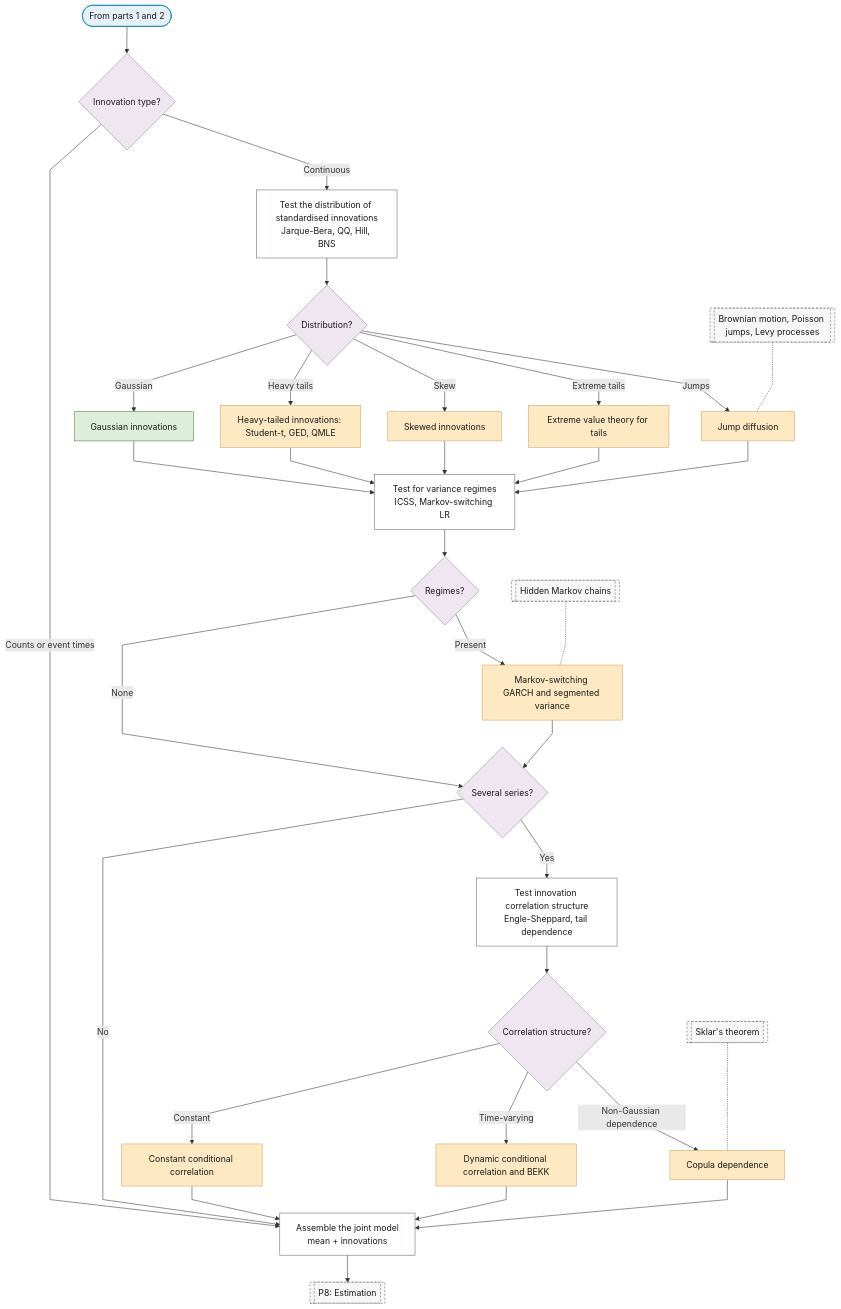
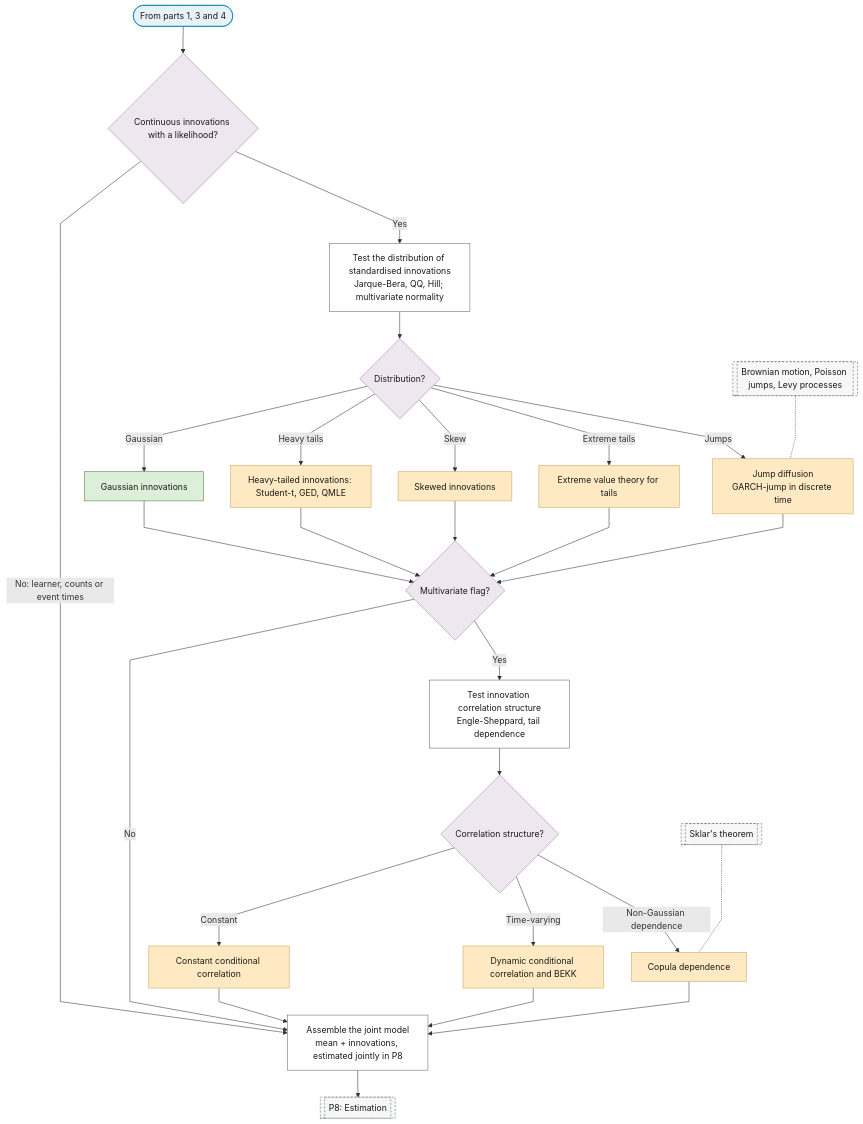
One commit to Shuxin-Y/time-series-analysis-manual changed the fifth of 5 diagrams in docs/01-workflow/p07-error-process.md. Above: the diagram before and after it, drawn with Mermaid. The commit also changed other lines of this file and 2 other files, not shown here.

First line of the commit message:
feat(p7): model kind first, preliminary fit, regimes before the GARCH variant

````diff
--- a/docs/01-workflow/p07-error-process.md
+++ b/docs/01-workflow/p07-error-process.md
@@ -86,44 +139,38 @@
 ```mermaid
 %%{init: {"flowchart": {"curve": "linear"}}}%%
 graph TD
-    P7_PART_3_IN(["From parts 1 and 2"]) --> P7_TYPE_3{"Innovation type?"}
-    P7_TYPE_3 -->|"Continuous"| P7_DIST_TESTS["Test the distribution of standardised innovations<br/>Jarque-Bera, QQ, Hill, BNS"]
-    P7_TYPE_3 -->|"Counts or event times"| P7_OUT
+    P7_PART_5_IN(["From parts 1, 3 and 4"]) --> P7_TYPE_4{"Continuous innovations with a likelihood?"}
+    P7_TYPE_4 -->|"Yes"| P7_DIST_TESTS["Test the distribution of standardised innovations<br/>Jarque-Bera, QQ, Hill; multivariate normality"]
+    P7_TYPE_4 -->|"No: learner, counts or event times"| P7_OUT
     P7_DIST_TESTS --> P7_DIST{"Distribution?"}
     P7_DIST -->|"Gaussian"| P7_GAUSSIAN["Gaussian innovations"]
     P7_DIST -->|"Heavy tails"| P7_HEAVY_TAILS["Heavy-tailed innovations: Student-t, GED, QMLE"]
     P7_DIST -->|"Skew"| P7_SKEWED["Skewed innovations"]
     P7_DIST -->|"Extreme tails"| P7_EVT["Extreme value theory for tails"]
-    P7_DIST -->|"Jumps"| P7_JUMPS["Jump diffusion"]
-    P7_GAUSSIAN & P7_HEAVY_TAILS & P7_SKEWED & P7_EVT & P7_JUMPS --> P7_REGIME_TESTS["Test for variance regimes<br/>ICSS, Markov-switching LR"]
-    P7_REGIME_TESTS --> P7_REGIME{"Regimes?"}
-    P7_REGIME -->|"None"| P7_MULTI
-    P7_REGIME -->|"Present"| P7_MS_GARCH["Markov-switching GARCH and segmented variance"]
-    P7_MS_GARCH --> P7_MULTI{"Several series?"}
+    P7_DIST -->|"Jumps"| P7_JUMPS["Jump diffusion<br/>GARCH-jump in discrete time"]
+    P7_GAUSSIAN & P7_HEAVY_TAILS & P7_SKEWED & P7_EVT & P7_JUMPS --> P7_MULTI{"Multivariate flag?"}
     P7_MULTI -->|"No"| P7_OUT
     P7_MULTI -->|"Yes"| P7_CORR_TESTS["Test innovation correlation structure<br/>Engle-Sheppard, tail dependence"]
     P7_CORR_TESTS --> P7_CORR{"Correlation structure?"}
     P7_CORR -->|"Constant"| P7_CCC["Constant conditional correlation"]
     P7_CORR -->|"Time-varying"| P7_DCC["Dynamic conditional correlation and BEKK"]
     P7_CORR -->|"Non-Gaussian dependence"| P7_COPULA["Copula dependence"]
-    P7_CCC & P7_DCC & P7_COPULA --> P7_OUT["Assemble the joint model<br/>mean + innovations"]
+    P7_CCC & P7_DCC & P7_COPULA --> P7_OUT["Assemble the joint model<br/>mean + innovations, estimated jointly in P8"]
     P7_OUT --> P8[["P8: Estimation"]]
     F_LEVY[["Brownian motion, Poisson jumps, Levy processes"]] -.- P7_JUMPS
-    F_HMM[["Hidden Markov chains"]] -.- P7_MS_GARCH
     F_SKLAR[["Sklar's theorem"]] -.- P7_COPULA
-    class P7_PART_3_IN terminator
-    class P7_DIST,P7_REGIME,P7_MULTI,P7_CORR decision
-    class P7_DIST_TESTS,P7_REGIME_TESTS,P7_CORR_TESTS,P7_OUT process
+    class P7_PART_5_IN terminator
+    class P7_TYPE_4,P7_DIST,P7_MULTI,P7_CORR decision
+    class P7_DIST_TESTS,P7_CORR_TESTS,P7_OUT process
     class P7_GAUSSIAN good
-    class P7_HEAVY_TAILS,P7_SKEWED,P7_EVT,P7_JUMPS,P7_MS_GARCH,P7_CCC,P7_DCC,P7_COPULA escalate
-    class P8,F_LEVY,F_HMM,F_SKLAR ref
-    class P7_TYPE_3 decision
+    class P7_HEAVY_TAILS,P7_SKEWED,P7_EVT,P7_JUMPS,P7_CCC,P7_DCC,P7_COPULA escalate
+    class P8,F_LEVY,F_SKLAR ref
     classDef terminator fill:#E6F2F7,stroke:#007BA7,color:#1A1A1A;
     classDef process fill:#FFFFFF,stroke:#5A6B73,color:#1A1A1A;
     classDef decision fill:#EFE7F0,stroke:#9B7FA7,color:#1A1A1A;
     classDef data fill:#FFF4E0,stroke:#C9A55E,color:#1A1A1A;
     classDef good fill:#DCEFD8,stroke:#4A7A3F,color:#1A1A1A;
     classDef escalate fill:#FFE9C2,stroke:#C9A55E,color:#1A1A1A;
     classDef problem fill:#F2D9DE,stroke:#800020,color:#1A1A1A;
     classDef ref fill:#F7F7F7,stroke:#5A6B73,color:#1A1A1A,stroke-dasharray:4 3;
 ```
````
